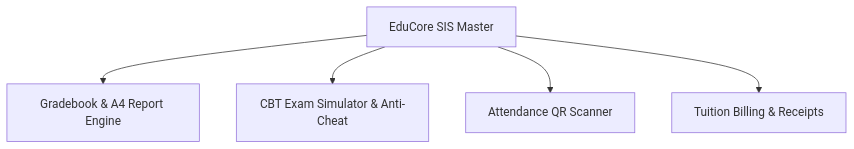
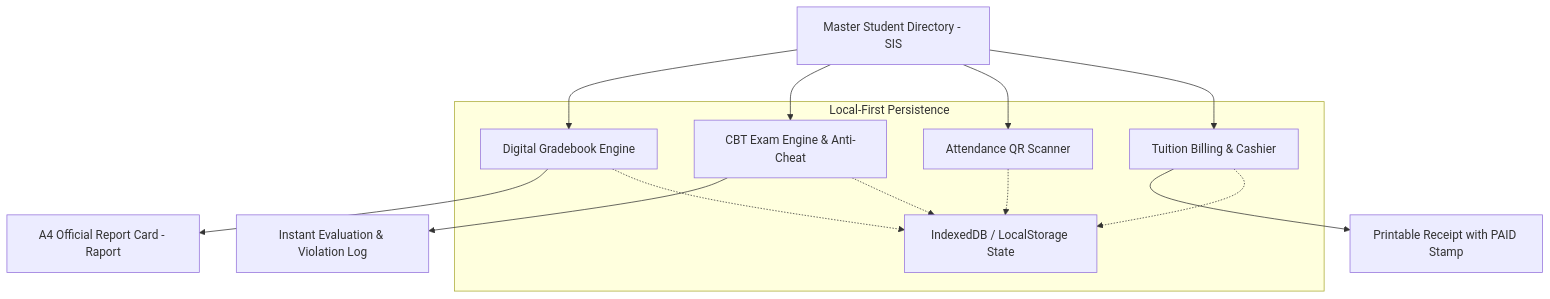
The diagram in README.md (olyxmintabansos-byte/educore-os), drawn with Mermaid before and after one commit. The commit also changed other lines of this file, not shown here.

Commit message:
docs: upgrade to enterprise README with live demo, architecture diagrams & author attribution

````diff
--- a/README.md
+++ b/README.md
@@ -20,7 +55,18 @@
 ```mermaid
 graph TD
-    A[EduCore SIS Master] --> B[Gradebook & A4 Report Engine]
-    A --> C[CBT Exam Simulator & Anti-Cheat]
+    A[Master Student Directory - SIS] --> B[Digital Gradebook Engine]
+    A --> C[CBT Exam Engine & Anti-Cheat]
     A --> D[Attendance QR Scanner]
-    A --> E[Tuition Billing & Receipts]
+    A --> E[Tuition Billing & Cashier]
+    
+    B --> F[A4 Official Report Card - Raport]
+    C --> G[Instant Evaluation & Violation Log]
+    E --> H[Printable Receipt with PAID Stamp]
+    
+    subgraph Local-First Persistence
+        B -.-> I[IndexedDB / LocalStorage State]
+        C -.-> I
+        D -.-> I
+        E -.-> I
+    end
 ```
````
